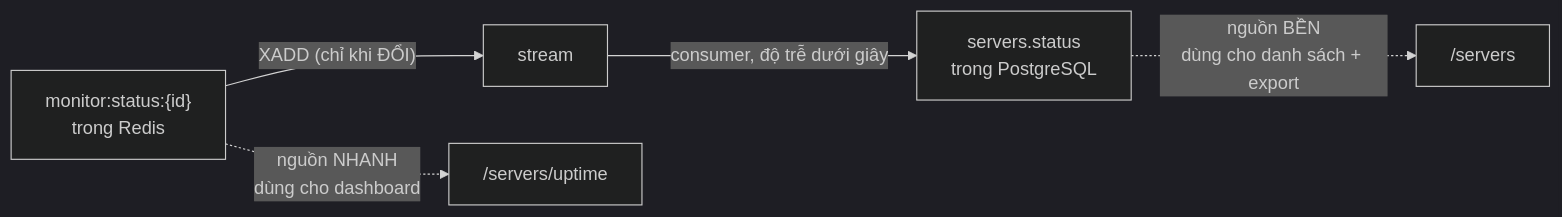
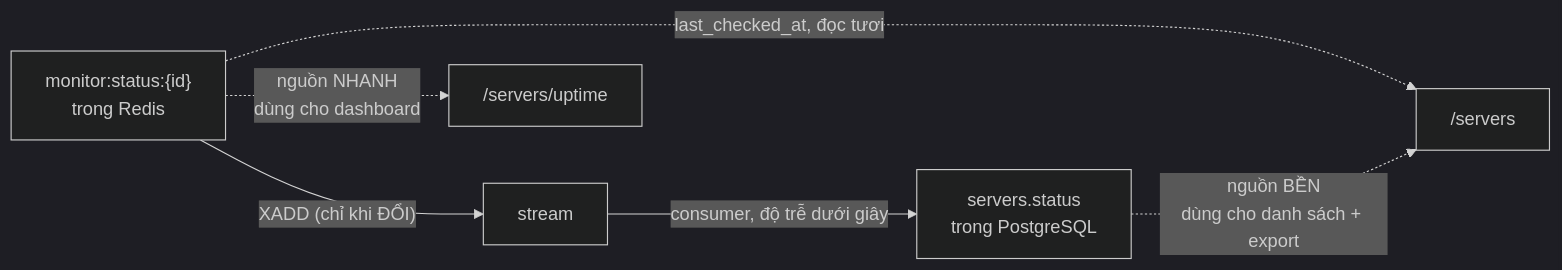
The second of 9 diagrams in .claude/diagrams/state-diagram.md (dwchwang/sms_microservice), drawn with Mermaid (dark theme) before and after one commit. The commit also changed other lines of this file and 24 other files, not shown here.

````diff
--- a/.claude/diagrams/state-diagram.md
+++ b/.claude/diagrams/state-diagram.md
@@ -42,8 +52,9 @@
 ```mermaid
 graph LR
     A["monitor:status:{id}<br/>trong Redis"] -->|"XADD (chỉ khi ĐỔI)"| B["stream"]
     B -->|"consumer, độ trễ dưới giây"| C["servers.status<br/>trong PostgreSQL"]
 
     A -.->|"nguồn NHANH<br/>dùng cho dashboard"| D["/servers/uptime"]
+    A -.->|"last_checked_at, đọc tươi"| E
     C -.->|"nguồn BỀN<br/>dùng cho danh sách + export"| E["/servers"]
 ```
````
